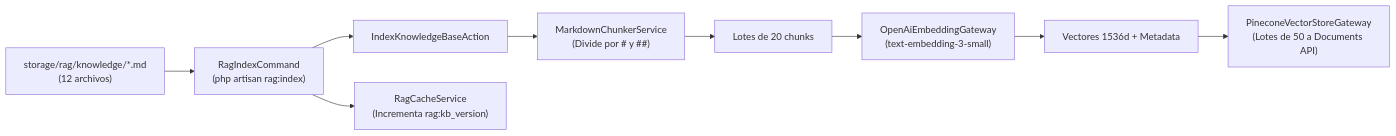
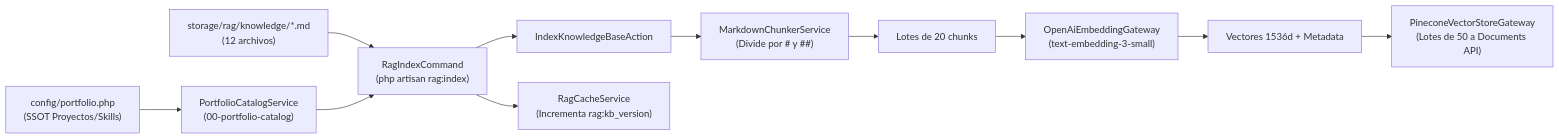
One commit to MoisesCorcho/mcp-portfolio changed the first of 2 diagrams in docs/rag-chatbot-guia-didactica.md. Above: the diagram before and after it, drawn with Mermaid. The commit also changed other lines of this file and 1 other file, not shown here.

Commit message:
docs(rag): document SSOT catalog, contextualization, and diversified retrieval

````diff
--- a/docs/rag-chatbot-guia-didactica.md
+++ b/docs/rag-chatbot-guia-didactica.md
@@ -166,11 +166,13 @@
 ```mermaid
 flowchart LR
+    CFG["config/portfolio.php\n(SSOT Proyectos/Skills)"] --> CAT["PortfolioCatalogService\n(00-portfolio-catalog)"]
     FILES["storage/rag/knowledge/*.md\n(12 archivos)"] --> CMD["RagIndexCommand\n(php artisan rag:index)"]
+    CAT --> CMD
     CMD --> ACT["IndexKnowledgeBaseAction"]
     ACT --> CHUNK["MarkdownChunkerService\n(Divide por # y ##)"]
     CHUNK --> BATCH["Lotes de 20 chunks"]
     BATCH --> EMB["OpenAiEmbeddingGateway\n(text-embedding-3-small)"]
     EMB --> VEC["Vectores 1536d + Metadata"]
     VEC --> PINE["PineconeVectorStoreGateway\n(Lotes de 50 a Documents API)"]
     CMD --> BUMP["RagCacheService\n(Incrementa rag:kb_version)"]
 ```
````
